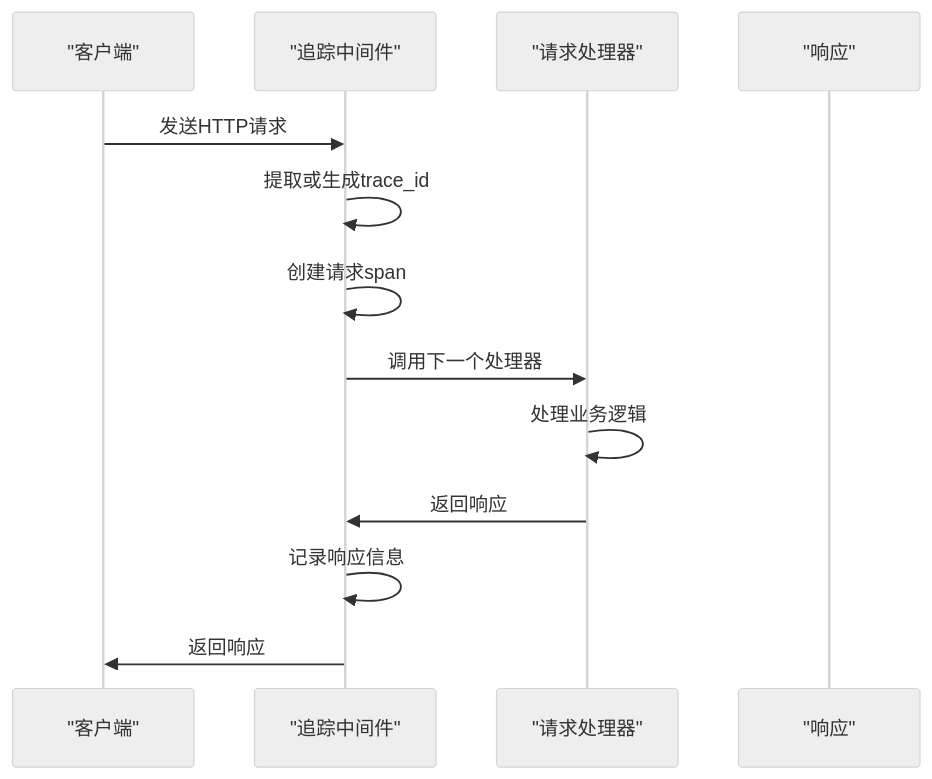
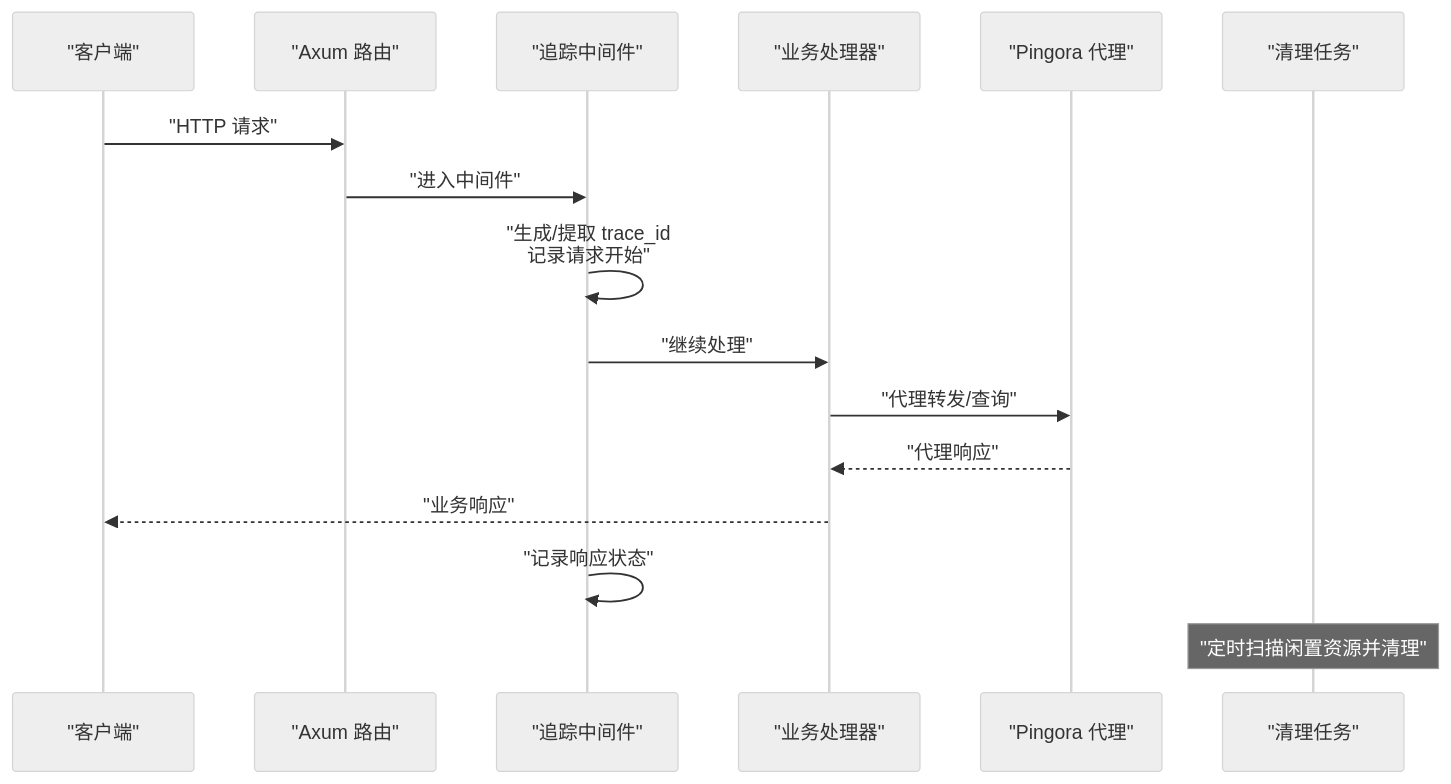
Before and after one commit to nuwax-ai/rcoder: the second of 6 diagrams in .qoder/repowiki/zh/content/可观测性/可观测性.md, drawn with Mermaid (neutral theme). The commit also changed other lines of this file and 185 other files, not shown here.

````diff
--- a/.qoder/repowiki/zh/content/可观测性/可观测性.md
+++ b/.qoder/repowiki/zh/content/可观测性/可观测性.md
@@ -52,15 +124,18 @@
 ```mermaid
 sequenceDiagram
 participant Client as "客户端"
-participant Middleware as "追踪中间件"
-participant Handler as "请求处理器"
-participant Response as "响应"
-Client->>Middleware : 发送HTTP请求
-Middleware->>Middleware : 提取或生成trace_id
-Middleware->>Middleware : 创建请求span
-Middleware->>Handler : 调用下一个处理器
-Handler->>Handler : 处理业务逻辑
-Handler->>Middleware : 返回响应
-Middleware->>Middleware : 记录响应信息
-Middleware->>Client : 返回响应
+participant Router as "Axum 路由"
+participant Tracing as "追踪中间件"
+participant Handler as "业务处理器"
+participant Proxy as "Pingora 代理"
+participant Cleaner as "清理任务"
+Client->>Router : "HTTP 请求"
+Router->>Tracing : "进入中间件"
+Tracing->>Tracing : "生成/提取 trace_id<br/>记录请求开始"
+Tracing->>Handler : "继续处理"
+Handler->>Proxy : "代理转发/查询"
+Proxy-->>Handler : "代理响应"
+Handler-->>Client : "业务响应"
+Tracing->>Tracing : "记录响应状态"
+Note over Cleaner : "定时扫描闲置资源并清理"
 ```
````
